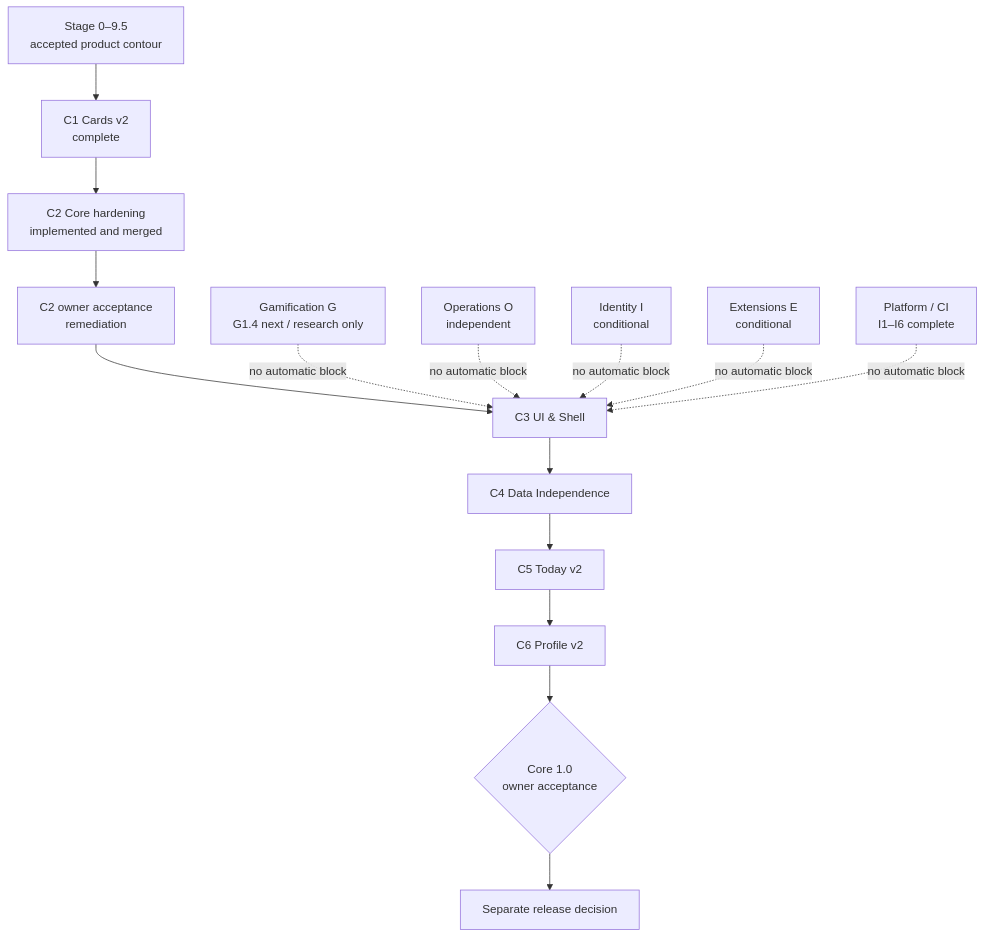
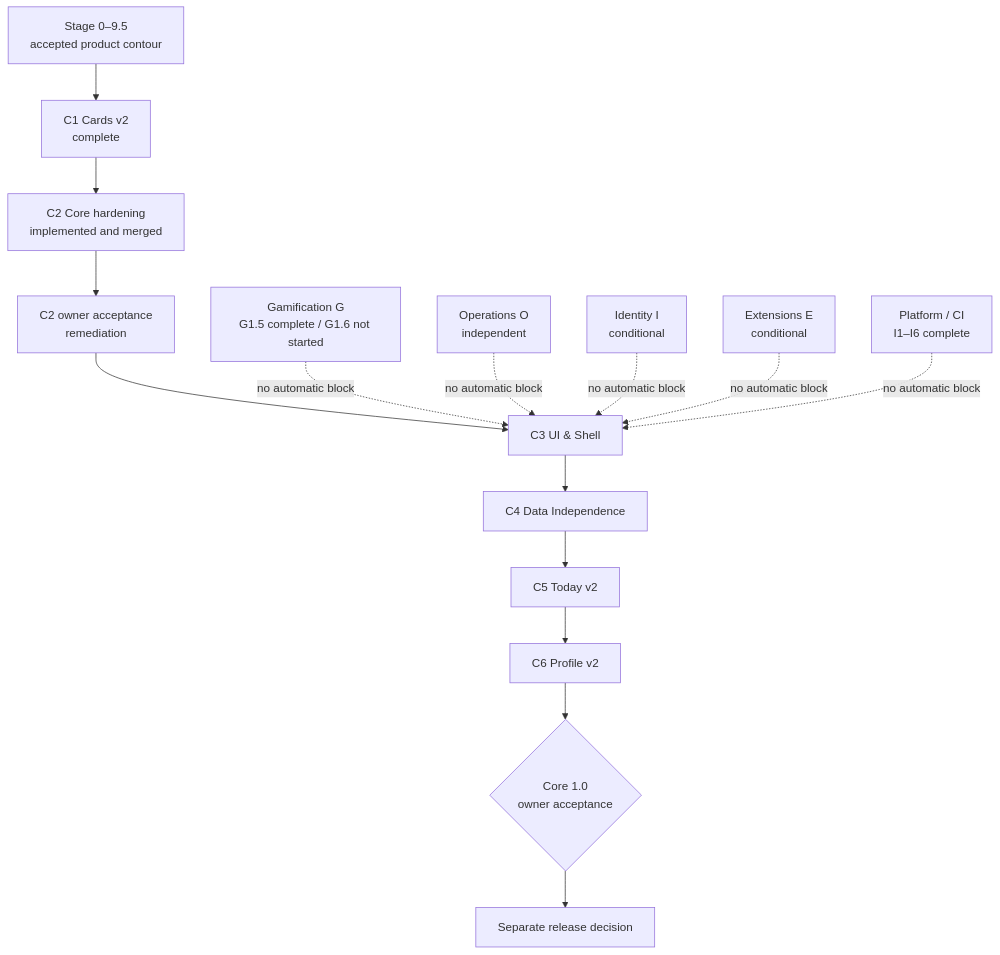
The diagram in roadmap/README.md (AliceLiddell01/anki-study-report), drawn with Mermaid before and after one commit. The commit also changed other lines of this file and 5 other files, not shown here.

````diff
--- a/roadmap/README.md
+++ b/roadmap/README.md
@@ -9,24 +9,24 @@
 ```mermaid
 flowchart TB
     S[Stage 0–9.5<br/>accepted product contour] --> C1[C1 Cards v2<br/>complete]
     C1 --> C2[C2 Core hardening<br/>implemented and merged]
     C2 --> A[C2 owner acceptance<br/>remediation]
     A --> C3[C3 UI & Shell]
     C3 --> C4[C4 Data Independence]
     C4 --> C5[C5 Today v2]
     C5 --> C6[C6 Profile v2]
     C6 --> R{Core 1.0<br/>owner acceptance}
     R --> REL[Separate release decision]
 
-    G[Gamification G<br/>G1.4 next / research only]
+    G[Gamification G<br/>G1.5 complete / G1.6 not started]
     O[Operations O<br/>independent]
     I[Identity I<br/>conditional]
     E[Extensions E<br/>conditional]
     P[Platform / CI<br/>I1–I6 complete]
 
     G -. no automatic block .-> C3
     O -. no automatic block .-> C3
     I -. no automatic block .-> C3
     E -. no automatic block .-> C3
     P -. no automatic block .-> C3
 ```
````
